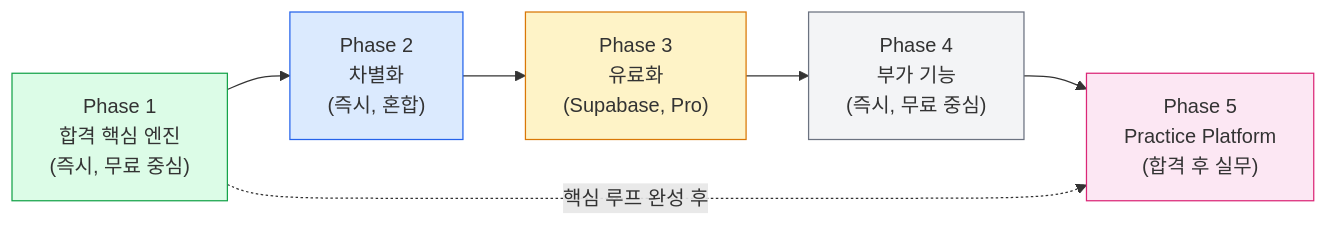
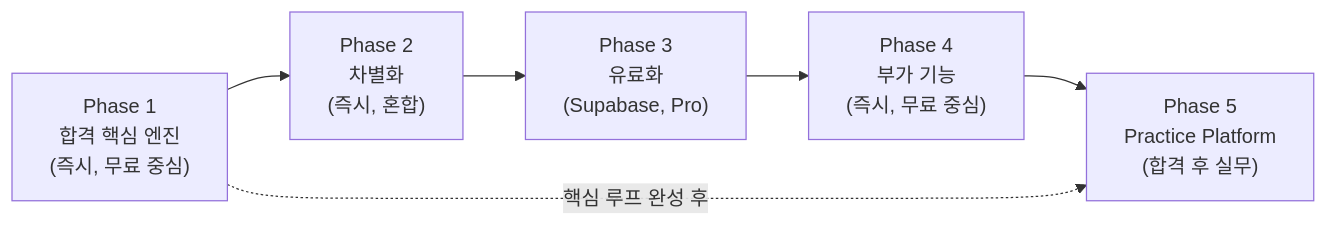
Before and after one commit to skygoldlee-cyber/Personalized_Skincare: the third of 3 diagrams in docs/dev/FEATURE_PROPOSALS.md, drawn with Mermaid. The commit also changed other lines of this file and 1 other file, not shown here.

Commit message:
docs: Mermaid 다크모드 대비 문제 해결 — style 지시자 제거
문제: Mermaid style 지시자가 라이트모드 색상(#e0f2fe, #fef3c7, #dcfce7 등)으로
하드코딩되어 다크모드에서 밝은 배경 + 흰 텍스트 충돌 발생.

해결: 모든 Mermaid 다이어그램에서 style 지시자 제거 (33줄).
기존 reader.css의 !important 규칙이 다크 배경(#33334a) + 흰 텍스트로
통일 적용되어 다크모드 대비 확보.

제거 대상:
- PASS_TO_PRACTICE_STRATEGY.md: 25개 style 지시자
- FEATURE_PROPOSALS.md: 8개 style 지시자

역할 구분은 subgraph 라벨(AI/사용자/시스템, 1순위/2순위/3순위)로 유지.

Generated with [Devin](https://devin.ai)

````diff
--- a/docs/dev/FEATURE_PROPOSALS.md
+++ b/docs/dev/FEATURE_PROPOSALS.md
@@ -710,17 +707,12 @@
 ```mermaid
 flowchart LR
     P1["Phase 1<br/>합격 핵심 엔진<br/>(즉시, 무료 중심)"]
     P2["Phase 2<br/>차별화<br/>(즉시, 혼합)"]
     P3["Phase 3<br/>유료화<br/>(Supabase, Pro)"]
     P4["Phase 4<br/>부가 기능<br/>(즉시, 무료 중심)"]
     P5["Phase 5<br/>Practice Platform<br/>(합격 후 실무)"]
     P1 --> P2 --> P3 --> P4
     P4 --> P5
     P1 -.->|핵심 루프 완성 후| P5
 
-    style P1 fill:#dcfce7,stroke:#16a34a
-    style P2 fill:#dbeafe,stroke:#2563eb
-    style P3 fill:#fef3c7,stroke:#d97706
-    style P4 fill:#f3f4f6,stroke:#6b7280
-    style P5 fill:#fce7f3,stroke:#db2777
 ```
````
